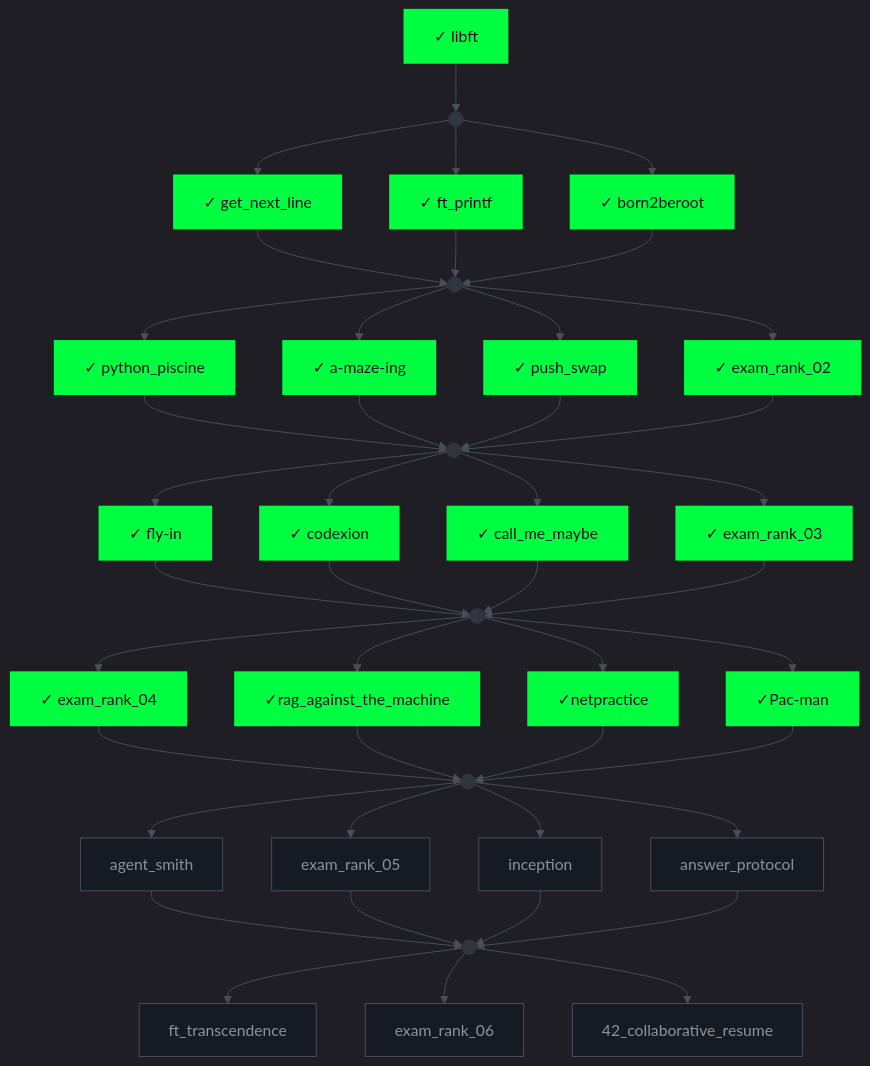
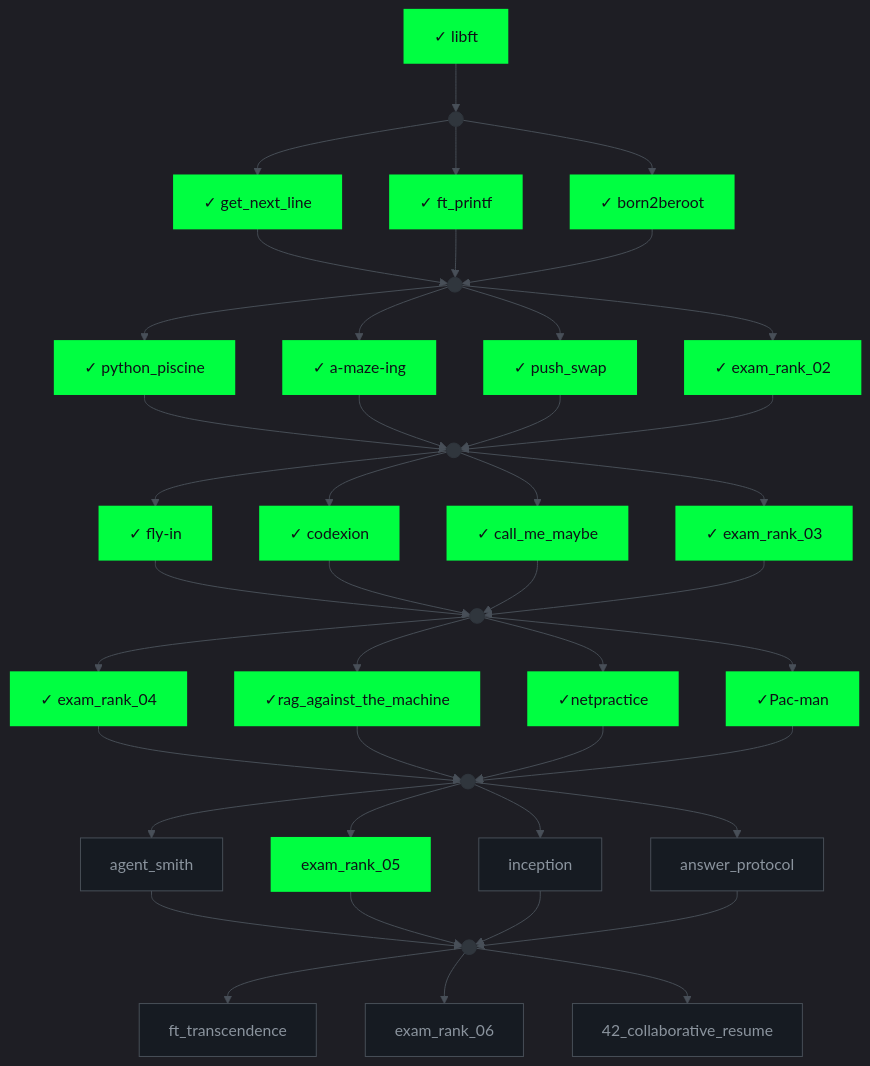
The diagram in README.md (0hmza/0hmza), drawn with Mermaid before and after one commit. The commit also changed other lines of this file, not shown here.

Commit message:
Update exam rank from 02..04 to 02..05 and status

````diff
--- a/README.md
+++ b/README.md
@@ -56,60 +56,60 @@
 ```mermaid
 %%{init: {'theme':'dark','themeVariables':{'primaryColor':'#0D1117','primaryTextColor':'#C9D1D9','primaryBorderColor':'#30363D','lineColor':'#484F58','fontFamily':'monospace','fontSize':'16px'}}}%%
 graph TD
     LIB["✓ libft"]:::done --> G0((" ")):::gate
     G0 --> GNL["✓ get_next_line"]:::done
     G0 --> FP["✓ ft_printf"]:::done
     G0 --> B2B["✓ born2beroot"]:::done
 
     GNL --> G1((" ")):::gate
     FP --> G1
     B2B --> G1
 
     G1 --> PY["✓ python_piscine"]:::done
     G1 --> AM["✓ a-maze-ing"]:::done
     G1 --> PS["✓ push_swap"]:::done
     G1 --> E2["✓ exam_rank_02"]:::done
 
     PY --> G2((" ")):::gate
     AM --> G2
     PS --> G2
     E2 --> G2
 
     G2 --> FI["✓ fly-in"]:::done
     G2 --> CX["✓ codexion"]:::done
     G2 --> CMM["✓ call_me_maybe"]:::done
     G2 --> E3["✓ exam_rank_03"]:::done
 
     FI --> G3((" ")):::gate
     CX --> G3
     CMM --> G3
     E3 --> G3
 
     G3 --> E4["✓ exam_rank_04"]:::done
     G3 --> PC["✓Pac-man"]:::done
     G3 --> RAG["✓rag_against_the_machine"]:::done
     G3 --> NP["✓netpractice"]:::done
 
     E4 --> G4((" ")):::gate
     RAG --> G4
     NP --> G4
     PC --> G4
 
     G4 --> AS["agent_smith"]:::todo
-    G4 --> E5["exam_rank_05"]:::todo
+    G4 --> E5["exam_rank_05"]:::done
     G4 --> INC["inception"]:::todo
     G4 --> AP["answer_protocol"]:::todo
 
     AS --> G5((" ")):::gate
     E5 --> G5
     INC --> G5
     AP --> G5
 
     G5 --> FT["ft_transcendence"]:::todo
     G5 --> E6["exam_rank_06"]:::todo
     G5 --> CR["42_collaborative_resume"]:::todo
 
     classDef done fill:#00FF41,stroke:#00FF41,color:#0D1117,stroke-width:2px
     classDef todo fill:#161B22,stroke:#484F58,color:#8B949E
     classDef gate fill:#30363D,stroke:#30363D,color:#30363D
 ```
````
